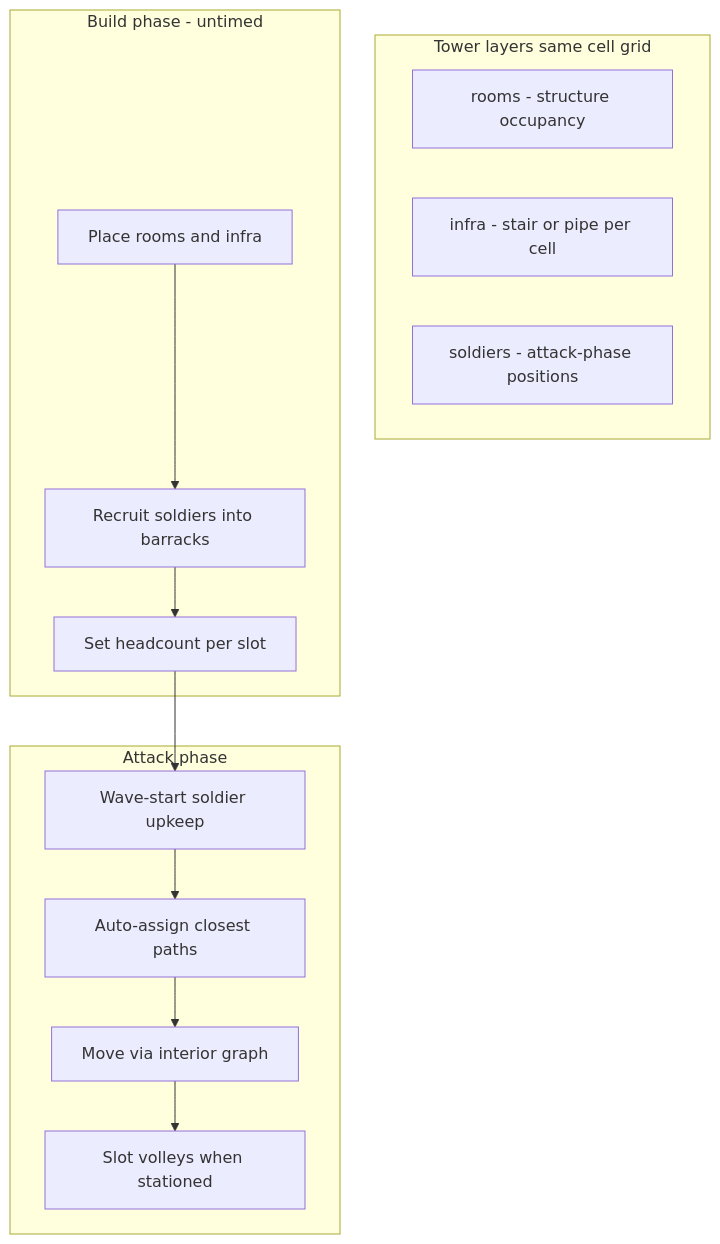
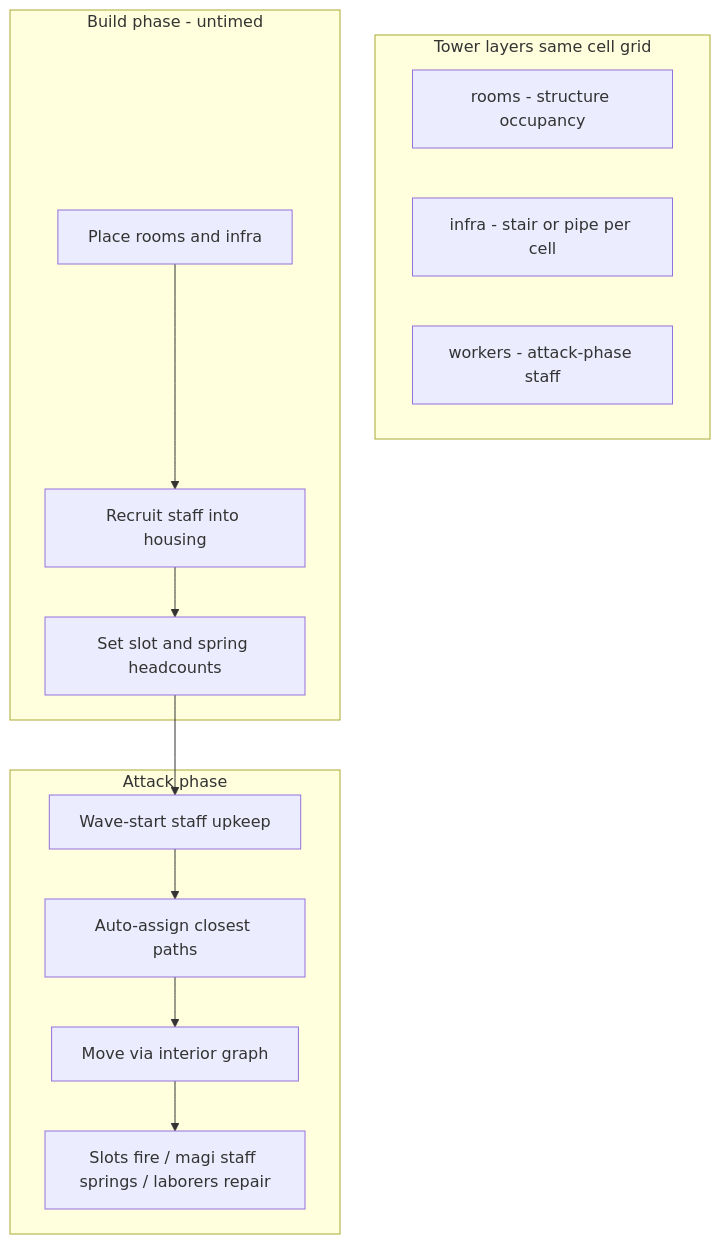
One commit to katerberg/wizard-tower-builder changed the third of 3 diagrams in README.md. Above: the diagram before and after it, drawn with Mermaid. The commit also changed other lines of this file and 48 other files, not shown here.

````diff
--- a/README.md
+++ b/README.md
@@ -213,21 +213,21 @@
 ```mermaid
 flowchart TB
   subgraph layers [Tower layers same cell grid]
     R[rooms - structure occupancy]
     I[infra - stair or pipe per cell]
-    S[soldiers - attack-phase positions]
+    W[workers - attack-phase staff]
   end
   subgraph build [Build phase - untimed]
     P[Place rooms and infra]
-    Rec[Recruit soldiers into barracks]
-    Alloc[Set headcount per slot]
+    Rec[Recruit staff into housing]
+    Alloc[Set slot and spring headcounts]
   end
   subgraph attack [Attack phase]
-    Pay[Wave-start soldier upkeep]
+    Pay[Wave-start staff upkeep]
     Route[Auto-assign closest paths]
     Move[Move via interior graph]
-    Fire[Slot volleys when stationed]
+    Work[Slots fire / magi staff springs / laborers repair]
   end
   P --> Rec --> Alloc
-  Alloc --> Pay --> Route --> Move --> Fire
+  Alloc --> Pay --> Route --> Move --> Work
 ```
````
